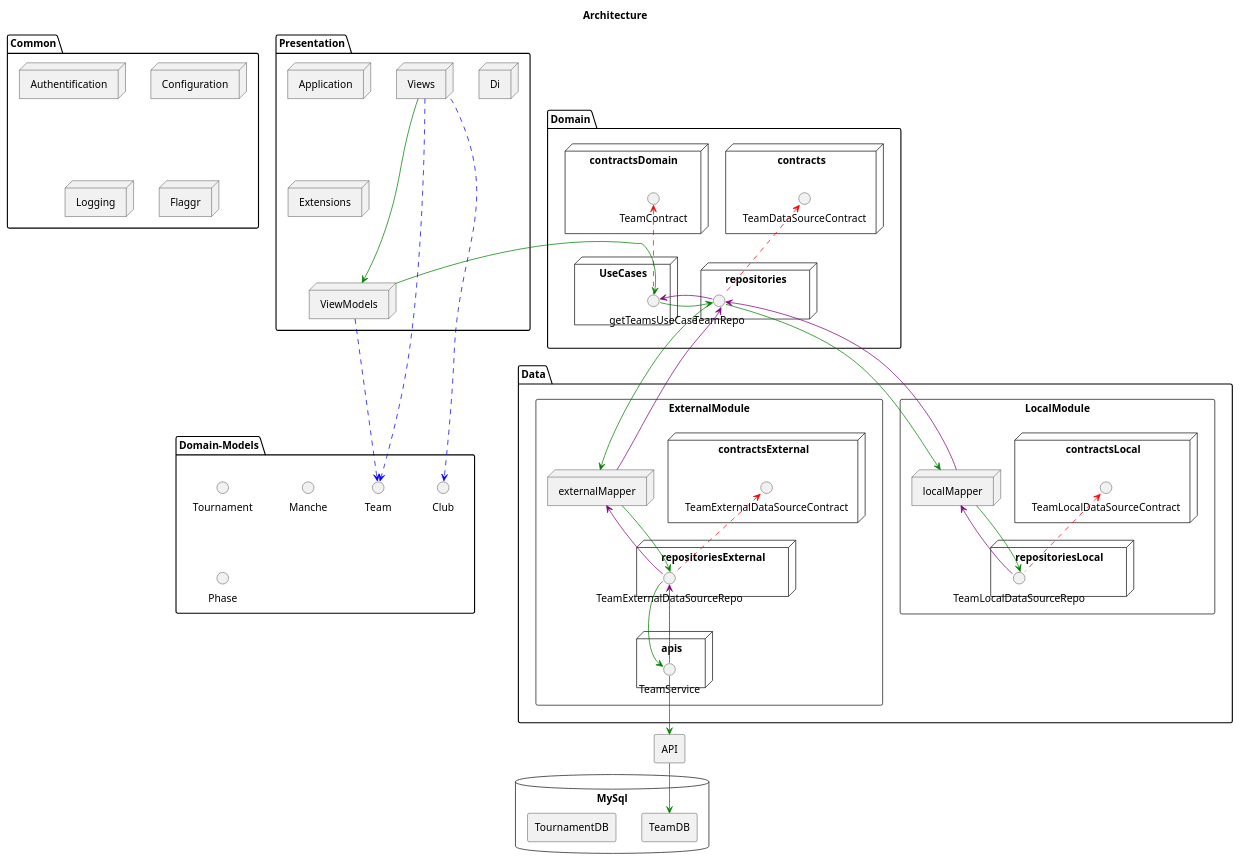
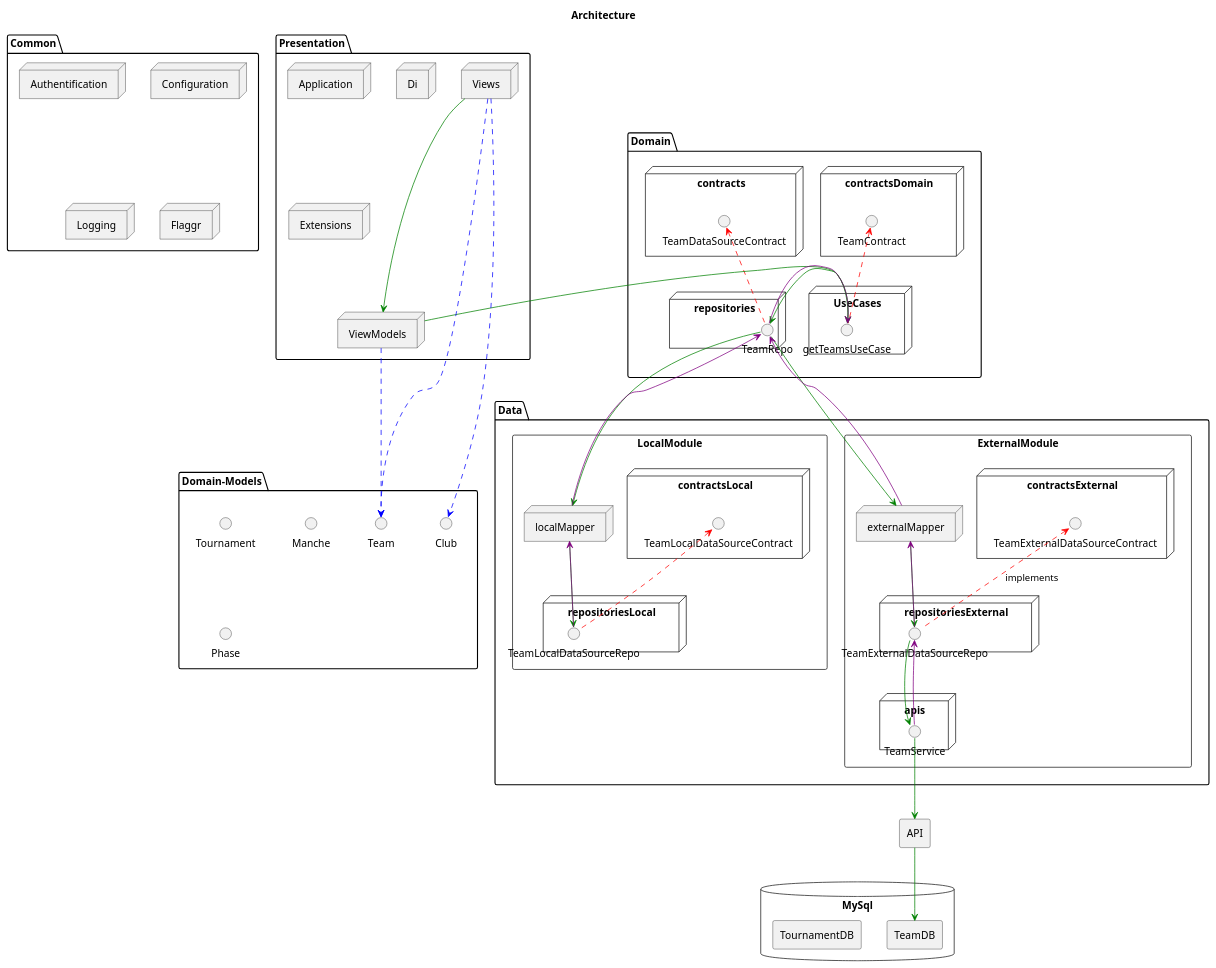
Before and after one commit to Thessalene/MolkkyAppAndroid: the diagram in Documentation/src/main/java/com/jeanloth/project/android/kotlin/documentation/assets/architecture.puml, drawn with PlantUML. The commit also changed 41 other files, not shown here.

```diff
--- a/Documentation/src/main/java/com/jeanloth/project/android/kotlin/documentation/assets/architecture.puml
+++ b/Documentation/src/main/java/com/jeanloth/project/android/kotlin/documentation/assets/architecture.puml
@@ -1,134 +1,134 @@
 @startuml
 
 title Architecture
 skinparam object {
           BackgroundColor Snow
           BorderColor Green
           ArrowColor Green
 }
 skinparam defaultTextAlignment center
 
 'COMMON
 package "Common" {
   node Authentification
   node Configuration
   node Logging
   node Flaggr
 }
 
 
 'PRESENTATION (Android Part)
 package "Presentation" {
   node "Application"
   node "Di"
   node "Views"
   node "Extensions"
    node ViewModels
 }
 
 'DOMAIN MODEL
 package "Domain-Models" {
   () Team
   () Tournament
   () Club
   () Manche
   () Phase
 }
 
 'DATAS
 package "Data" {
 'LOCAL MODULE
 rectangle "LocalModule" {
   node repositoriesLocal {
     () TeamLocalDataSourceRepo
   }
 
     node localMapper
   node contractsLocal {
     () TeamLocalDataSourceContract
   }
 }
 
 TeamLocalDataSourceRepo .up.> TeamLocalDataSourceContract #Red
 
 'EXTERNAL MODULE
 rectangle "ExternalModule" {
   node apis {
     () TeamService
   }
   node externalMapper
   node repositoriesExternal {
       () TeamExternalDataSourceRepo
     }
 
     node contractsExternal {
       () TeamExternalDataSourceContract
     }
 }
-TeamExternalDataSourceRepo .up.> TeamExternalDataSourceContract #Red
+TeamExternalDataSourceRepo .up.> TeamExternalDataSourceContract #Red : implements
 
 }
 
 'DOMAIN USE CASES
 package "Domain" {
     node contracts {
         () TeamDataSourceContract
     }
     node repositories{
         () TeamRepo
     }
 
   node contractsDomain {
       () TeamContract
     }
 
   node UseCases {
     () getTeamsUseCase
   }
 }
 TeamRepo .up.> TeamDataSourceContract #Red
 getTeamsUseCase .up.> TeamContract #Red
 
 
 'EXTERNAL DATA SOURCE
 rectangle API
 
 database "MySql" {
   rectangle TeamDB
   rectangle TournamentDB
 }
 
 'RELATIONS
 Views -down--> ViewModels
 ViewModels .down.> Team #blue
 ViewModels -right-> getTeamsUseCase
 getTeamsUseCase -right-> TeamRepo
 
 TeamRepo --> localMapper
 localMapper-down-> TeamLocalDataSourceRepo
 
 TeamRepo --> externalMapper
 externalMapper --> TeamExternalDataSourceRepo
 TeamExternalDataSourceRepo --> TeamService
 TeamService -down-> API
 API --> TeamDB
 
 
 'Come back
 TeamLocalDataSourceRepo --> localMapper #purple
 localMapper --> TeamRepo #purple
 TeamExternalDataSourceRepo --> externalMapper #purple
 externalMapper --> TeamRepo #purple
 TeamService --> TeamExternalDataSourceRepo #purple
 
 TeamRepo -left-> getTeamsUseCase #purple
 
 
 Views ..> Team #blue
 Views ..> Club #blue
 
 'Hidden relations
 TeamExternalDataSourceRepo -[hidden]down- TeamService
 UseCases -[hidden]- externalMapper
 
 @enduml
```
